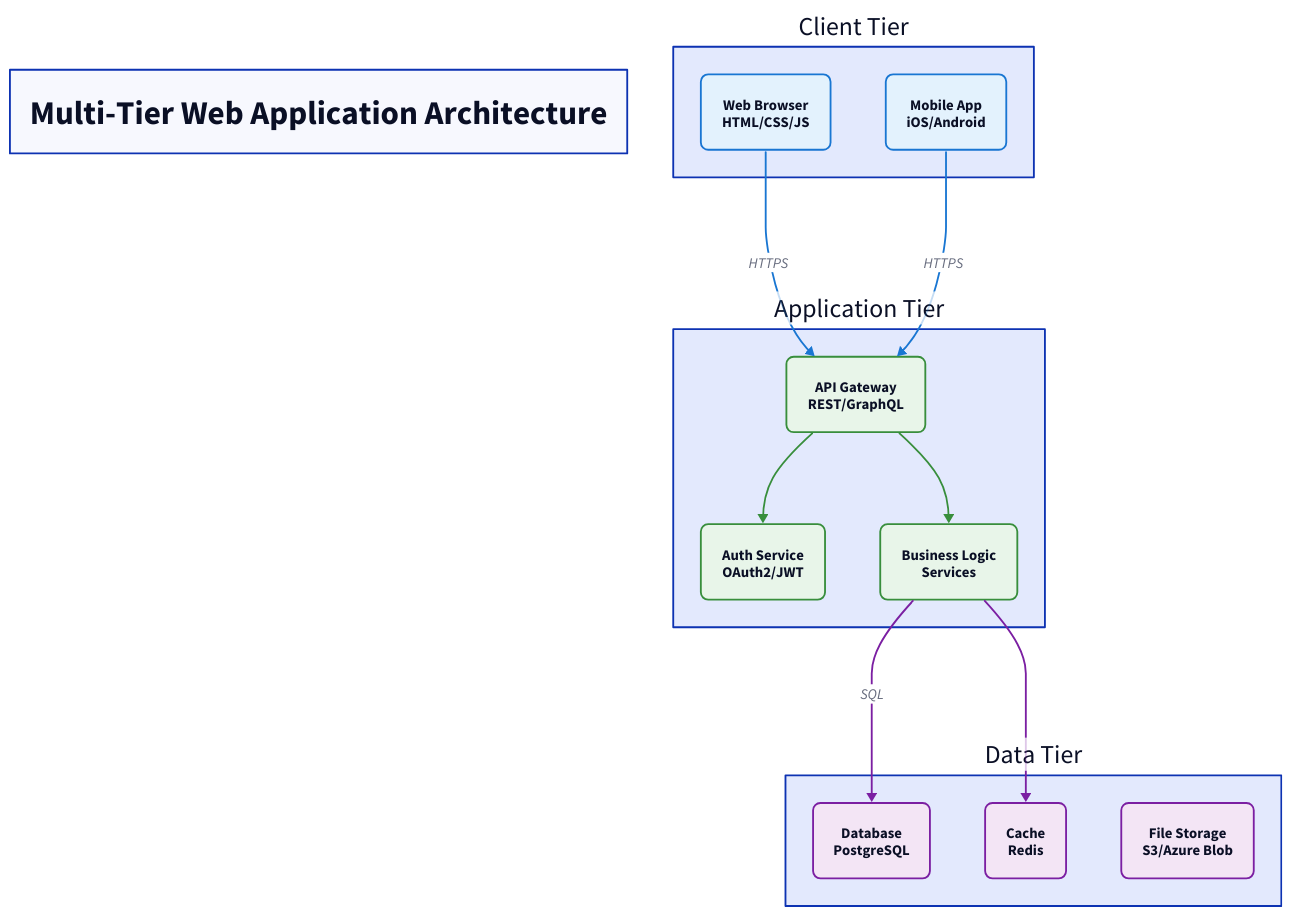
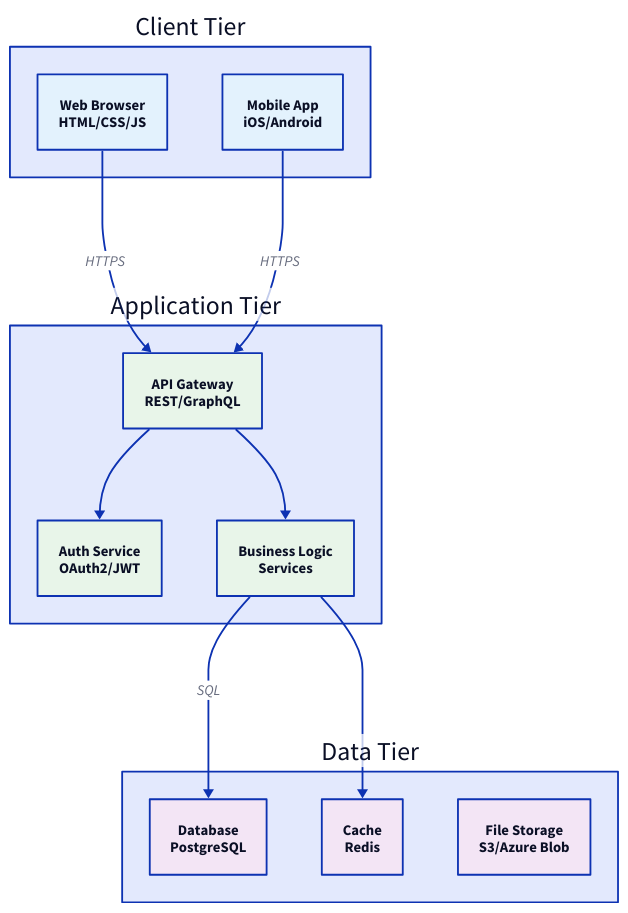
The diagram in diagram-dsl/examples/d2/multi-tier-architecture.d2 (neongreen/mono), drawn with D2 before and after one commit. The commit also changed 21 other files, not shown here.

```diff
--- a/diagram-dsl/examples/d2/multi-tier-architecture.d2
+++ b/diagram-dsl/examples/d2/multi-tier-architecture.d2
@@ -1,104 +1,52 @@
 # Multi-Tier Architecture
 # Equivalent to multi-tier-architecture.svg from diagram-dsl
 
 direction: down
 
-title: Multi-Tier Web Application Architecture {
-  style.font-size: 36
-  style.bold: true
-}
-
 # Client Tier
 client: Client Tier {
   web: Web Browser\nHTML/CSS/JS {
     style.fill: "#e3f2fd"
-    style.stroke: "#1976d2"
-    style.stroke-width: 2
-    style.border-radius: 8
   }
   
   mobile: Mobile App\niOS/Android {
     style.fill: "#e3f2fd"
-    style.stroke: "#1976d2"
-    style.stroke-width: 2
-    style.border-radius: 8
   }
 }
 
 # Application Tier
 app: Application Tier {
   api: API Gateway\nREST/GraphQL {
     style.fill: "#e8f5e9"
-    style.stroke: "#388e3c"
-    style.stroke-width: 2
-    style.border-radius: 8
   }
   
   auth: Auth Service\nOAuth2/JWT {
     style.fill: "#e8f5e9"
-    style.stroke: "#388e3c"
-    style.stroke-width: 2
-    style.border-radius: 8
   }
   
   business: Business Logic\nServices {
     style.fill: "#e8f5e9"
-    style.stroke: "#388e3c"
-    style.stroke-width: 2
-    style.border-radius: 8
   }
 }
 
 # Data Tier
 data: Data Tier {
   db: Database\nPostgreSQL {
     style.fill: "#f3e5f5"
-    style.stroke: "#7b1fa2"
-    style.stroke-width: 2
-    style.border-radius: 8
   }
   
   cache: Cache\nRedis {
     style.fill: "#f3e5f5"
-    style.stroke: "#7b1fa2"
-    style.stroke-width: 2
-    style.border-radius: 8
   }
   
   storage: File Storage\nS3/Azure Blob {
     style.fill: "#f3e5f5"
-    style.stroke: "#7b1fa2"
-    style.stroke-width: 2
-    style.border-radius: 8
   }
 }
 
-client.web -> app.api: HTTPS {
-  style.stroke: "#1976d2"
-  style.stroke-width: 2
-}
-
-client.mobile -> app.api: HTTPS {
-  style.stroke: "#1976d2"
-  style.stroke-width: 2
-}
-
-app.api -> app.auth: {
-  style.stroke: "#388e3c"
-  style.stroke-width: 2
-}
-
-app.api -> app.business: {
-  style.stroke: "#388e3c"
-  style.stroke-width: 2
-}
-
-app.business -> data.db: SQL {
-  style.stroke: "#7b1fa2"
-  style.stroke-width: 2
-}
-
-app.business -> data.cache: {
-  style.stroke: "#7b1fa2"
-  style.stroke-width: 2
-}
+client.web -> app.api: HTTPS
+client.mobile -> app.api: HTTPS
+app.api -> app.auth
+app.api -> app.business
+app.business -> data.db: SQL
+app.business -> data.cache
```
